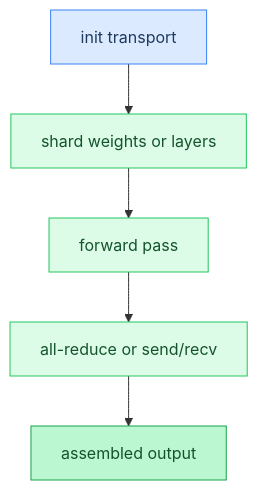
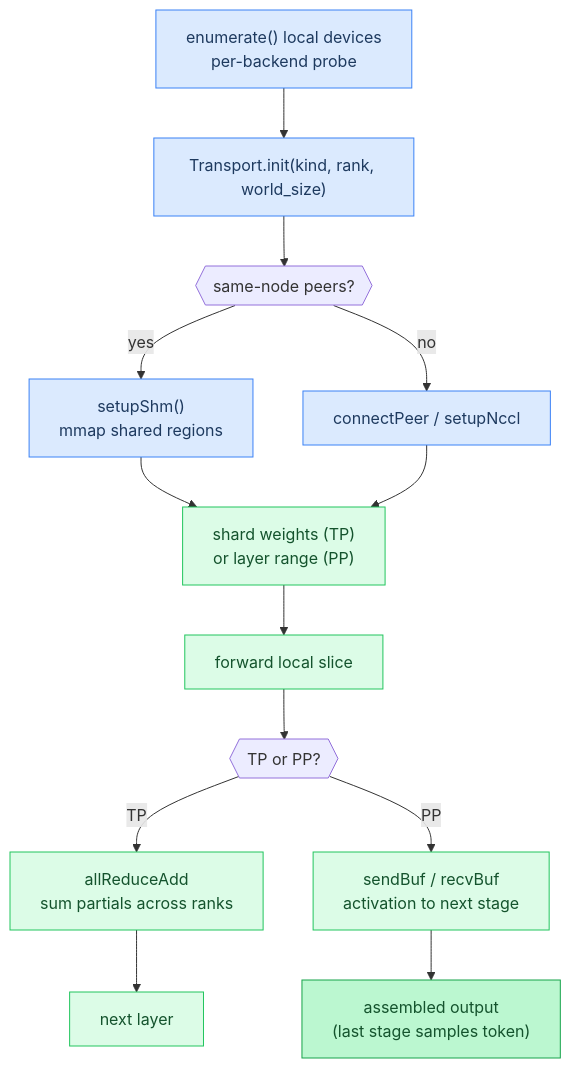
One commit to maci0/agave changed the diagram in docs/tutorial/22-distributed-inference.md. Above: the diagram before and after it, drawn with Mermaid. The commit also changed other lines of this file, not shown here.

````diff
--- a/docs/tutorial/22-distributed-inference.md
+++ b/docs/tutorial/22-distributed-inference.md
@@ -13,11 +87,22 @@
 ```mermaid
 flowchart TD
   classDef setup fill:#dbeafe,stroke:#3b82f6,color:#1e3a5f
   classDef sync fill:#dcfce7,stroke:#22c55e,color:#14532d
+  classDef danger fill:#fee2e2,stroke:#ef4444,color:#7f1d1d
   classDef success fill:#bbf7d0,stroke:#16a34a,color:#14532d
 
-  Init["init transport"]:::setup --> Shard["shard weights or layers"]:::sync
-  Shard --> Forward["forward pass"]:::sync
-  Forward --> Collect["all-reduce or send/recv"]:::sync
-  Collect --> Output["assembled output"]:::success
+  Enum["enumerate() local devices\nper-backend probe"]:::setup --> Init["Transport.init(kind, rank, world_size)"]:::setup
+  Init --> Setup{{"same-node peers?"}}
+  Setup -->|"yes"| Shm["setupShm()\nmmap shared regions"]:::setup
+  Setup -->|"no"| TcpNccl["connectPeer / setupNccl"]:::setup
+
+  Shm --> Shard["shard weights (TP)\nor layer range (PP)"]:::sync
+  TcpNccl --> Shard
+
+  Shard --> Fwd["forward local slice"]:::sync
+  Fwd --> Collect{{"TP or PP?"}}
+  Collect -->|"TP"| AllReduce["allReduceAdd\nsum partials across ranks"]:::sync
+  Collect -->|"PP"| SendRecv["sendBuf / recvBuf\nactivation to next stage"]:::sync
+  AllReduce --> Next["next layer"]:::sync
+  SendRecv --> Output["assembled output\n(last stage samples token)"]:::success
 ```
````
